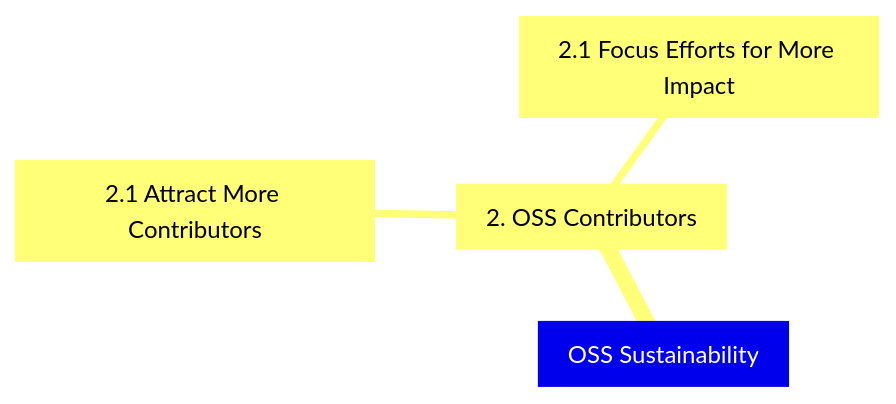
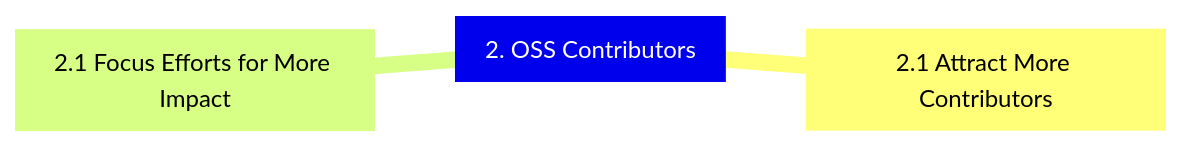
The second of 8 diagrams in README.md (AWiderDotNET/home), drawn with Mermaid before and after one commit. The commit also changed other lines of this file, not shown here.

````diff
--- a/README.md
+++ b/README.md
@@ -42,7 +41,6 @@
 ```mermaid
 mindmap
-  root[OSS Sustainability]
-    2[2. OSS Contributors]
-      2.1[2.1 Attract More Contributors]
-      2.2[2.1 Focus Efforts for More Impact]
+  2[2. OSS Contributors]
+    2.1[2.1 Attract More Contributors]
+    2.2[2.1 Focus Efforts for More Impact]
 ```
````
